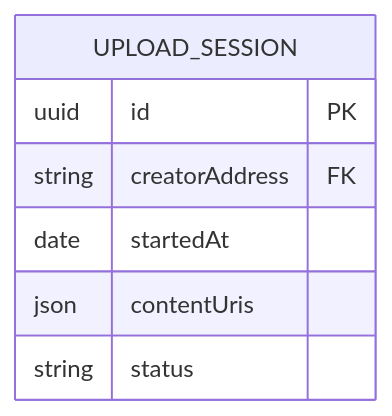
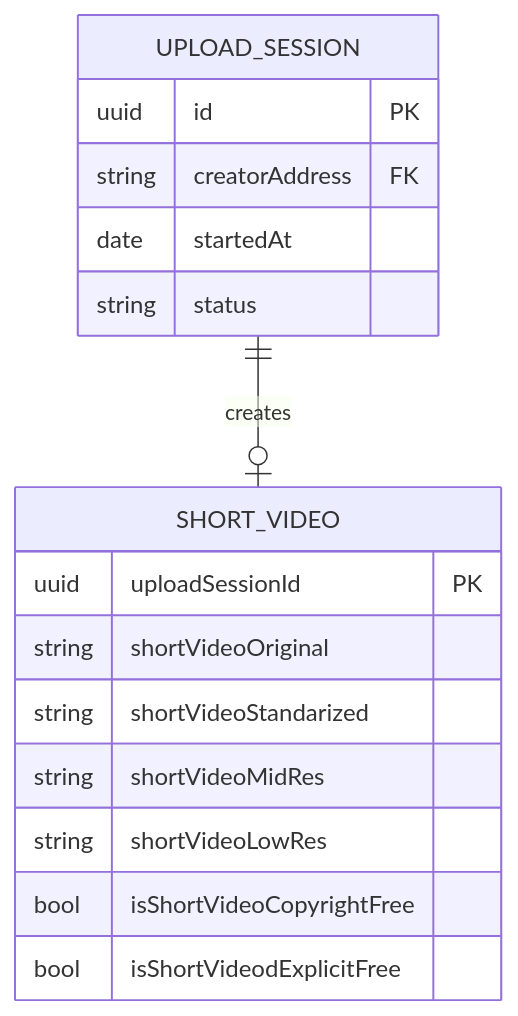
The second of 2 diagrams in Readme.md (AstroSamus/utonoma-backend), drawn with Mermaid before and after one commit.

Commit message:
Updating the Entity - Relation diagram of the Readme to reflect the new Short Video entity. Previously we where thinking in using the upload session entity to store all the data related to the content in a single table. However, this is hard to implement as there is too many information related to a content uploaded to the plataform, and there are too many types of content that can be uploaded, not only short videos. To increase modularity and flexibility, we are now going to create a new entity called Short Video that relates to Upload Session, this way we can keep extending to Large Video, Book, Blog, etcetera.

````diff
--- a/Readme.md
+++ b/Readme.md
@@ -79,10 +79,19 @@
 ```mermaid
 erDiagram
+    UPLOAD_SESSION ||--o| SHORT_VIDEO : creates
     UPLOAD_SESSION {
         uuid id PK
         string creatorAddress FK
         date startedAt
-        json contentUris
         string status
     }
+    SHORT_VIDEO {
+        uuid uploadSessionId PK
+        string shortVideoOriginal
+        string shortVideoStandarized
+        string shortVideoMidRes
+        string shortVideoLowRes
+        bool isShortVideoCopyrightFree
+        bool isShortVideodExplicitFree
+    }
 ```
````
